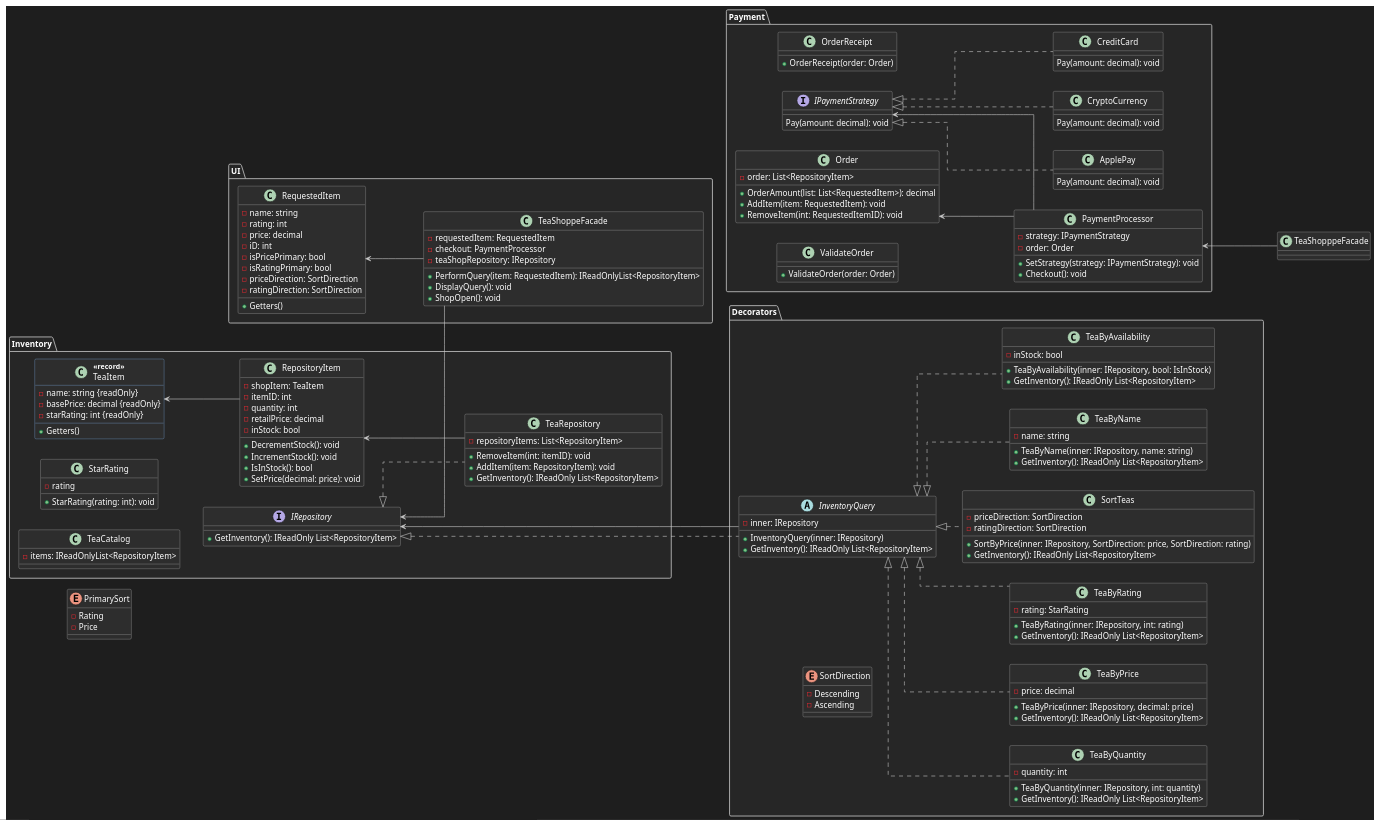
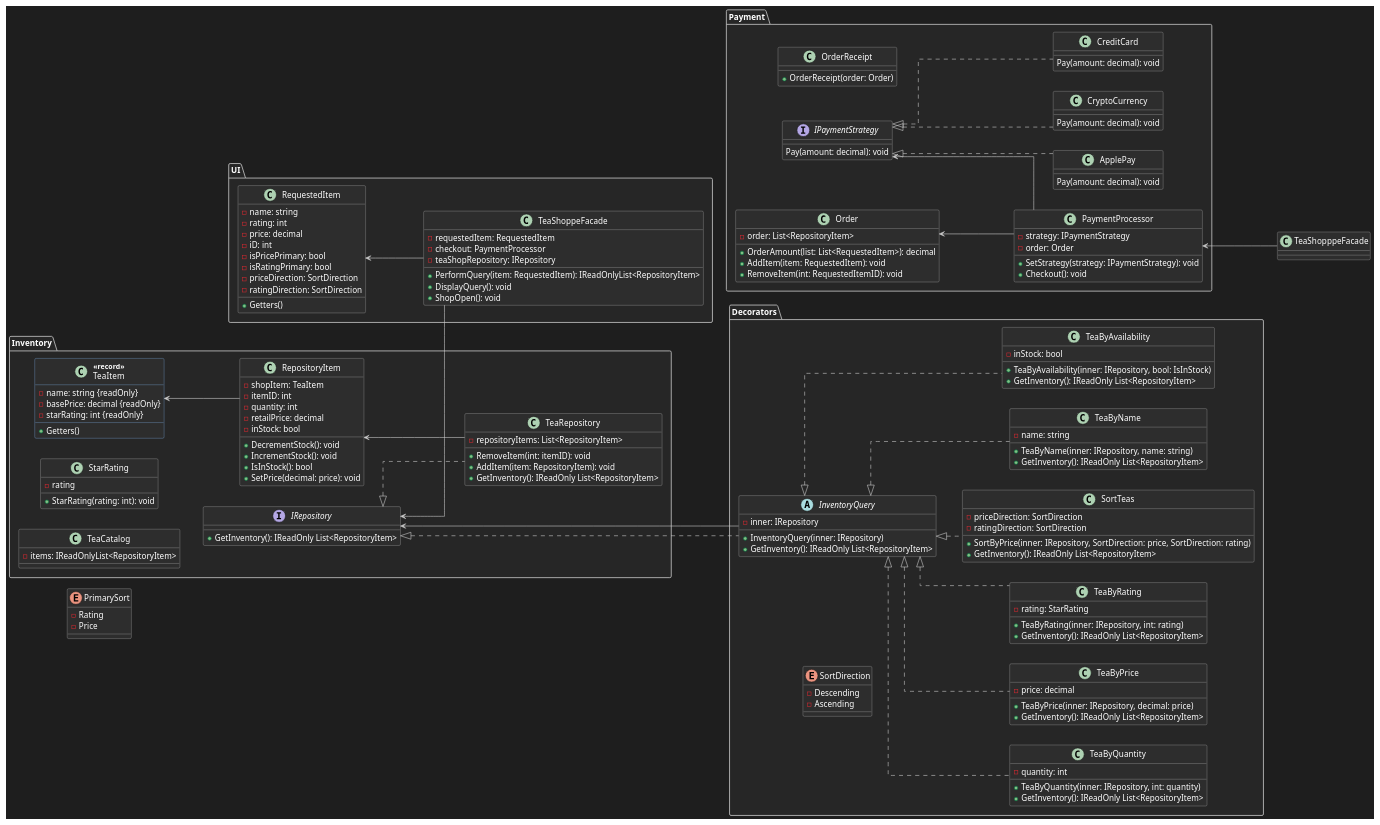
The diagram in tea-shoppe/TeaShoppe/docs/design.puml (Oddwyer/SWE4743_OOD_Assignments), drawn with PlantUML before and after one commit. The commit also changed 1 other file, not shown here.

```diff
--- a/tea-shoppe/TeaShoppe/docs/design.puml
+++ b/tea-shoppe/TeaShoppe/docs/design.puml
@@ -167,10 +167,6 @@
 Pay(amount: decimal): void
 }
 
-class ValidateOrder{
-+ ValidateOrder(order: Order)
-}
-
 class PaymentProcessor{
 - strategy: IPaymentStrategy
 - order: Order
```
